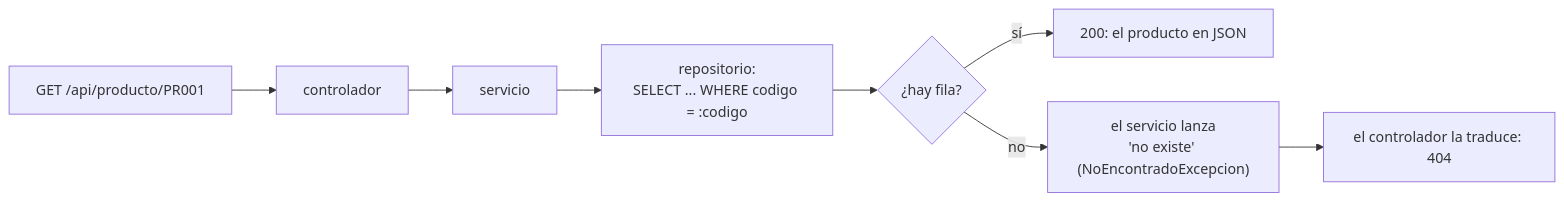
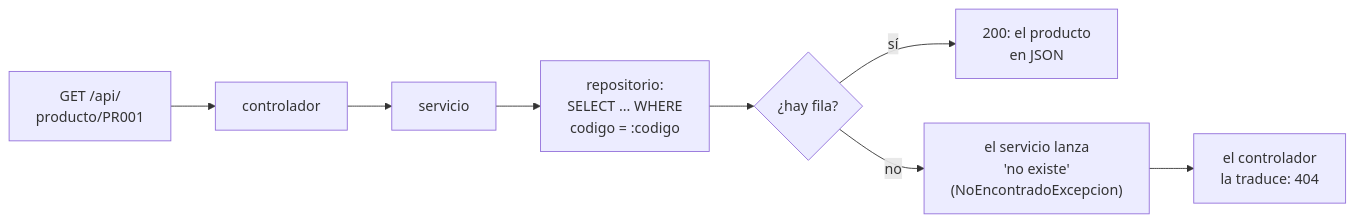
The second of 2 diagrams in docs/FLUJO_DE_UNA_PETICION.md (ccastro2050/proyecto_php_sin_docker), drawn with Mermaid before and after one commit. The commit also changed other lines of this file, not shown here.

Commit message:
FLUJO_DE_UNA_PETICION: diagramas regenerados con renglones cortos y sin corchetes/llaves en las etiquetas — GitHub recortaba el texto de las cajas

````diff
--- a/docs/FLUJO_DE_UNA_PETICION.md
+++ b/docs/FLUJO_DE_UNA_PETICION.md
@@ -147,7 +148,7 @@
 ```mermaid
 flowchart LR
-    A["GET /api/producto/PR001"] --> B["controlador"] --> S["servicio"] --> R["repositorio:<br/>SELECT ... WHERE codigo = :codigo"]
+    A["GET /api/<br/>producto/PR001"] --> B["controlador"] --> S["servicio"] --> R["repositorio:<br/>SELECT ... WHERE<br/>codigo = :codigo"]
     R --> E{"¿hay fila?"}
-    E -->|"sí"| OK["200: el producto en JSON"]
-    E -->|"no"| N["el servicio lanza<br/>'no existe' (NoEncontradoExcepcion)"] --> C404["el controlador la traduce: 404"]
+    E -->|"sí"| OK["200: el producto<br/>en JSON"]
+    E -->|"no"| N["el servicio lanza<br/>'no existe'<br/>(NoEncontradoExcepcion)"] --> C404["el controlador<br/>la traduce: 404"]
 ```
````
